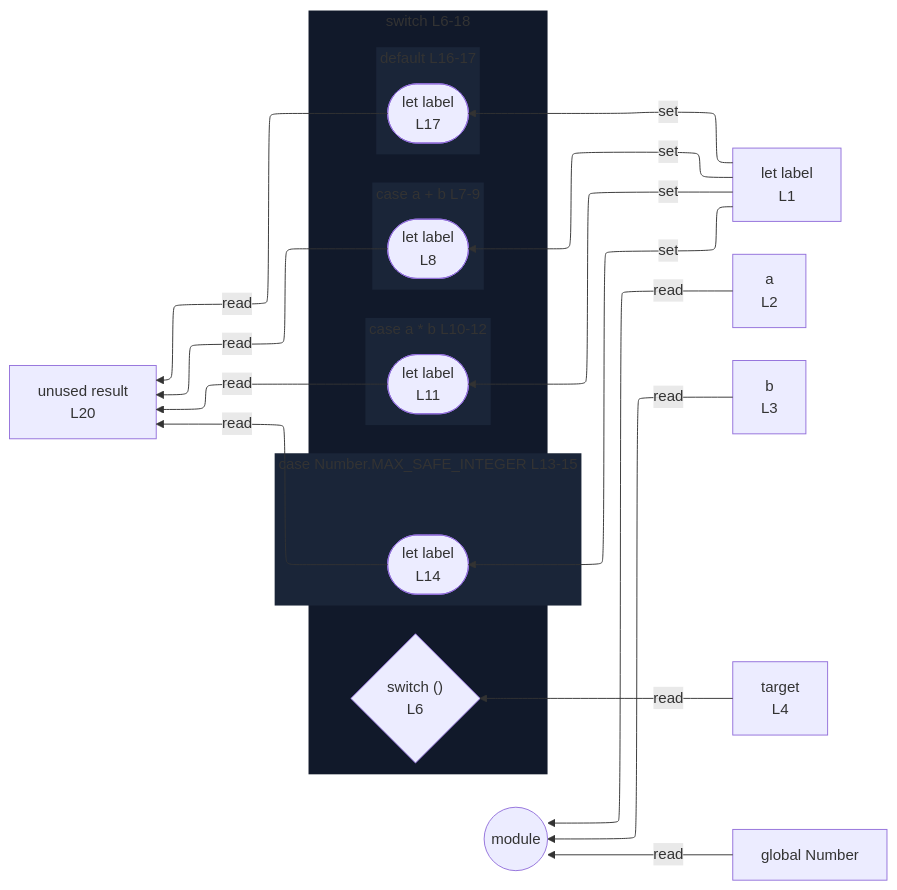
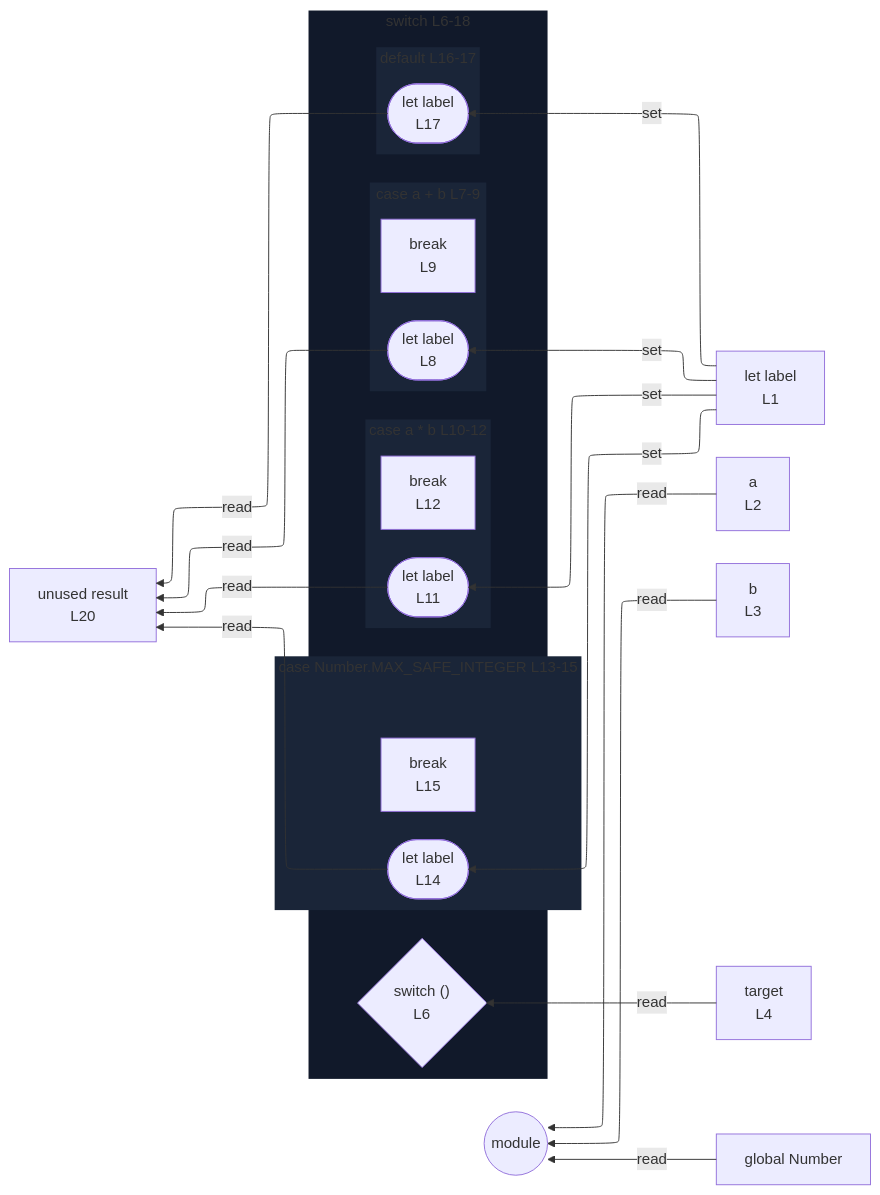
The diagram in integration/fixtures/switch-statement/expression/preview.md (crescware/unsnarl), drawn with Mermaid before and after one commit. The commit also changed 352 other files, not shown here.

````diff
--- a/integration/fixtures/switch-statement/expression/preview.md
+++ b/integration/fixtures/switch-statement/expression/preview.md
@@ -30,50 +30,53 @@
 ```mermaid
 %%{init: {"flowchart": {"defaultRenderer": "elk"}}}%%
 flowchart RL
   n_scope_0_label_4["let label<br/>L1"]
   n_scope_0_a_22["a<br/>L2"]
   n_scope_0_b_35["b<br/>L3"]
   n_scope_0_target_48["target<br/>L4"]
   n_scope_0_result_304["unused result<br/>L20"]
   n_scope_0_Number_178["global Number"]
   subgraph s_scope_1["switch L6-18"]
     direction RL
     switch_discriminant_scope_0_61{"switch ()<br/>L6"}
     subgraph s_scope_2["case a + b L7-9"]
       direction RL
       wr_ref_7(["let label<br/>L8"])
+      bc_break_116["break<br/>L9"]
     end
     subgraph s_scope_3["case a * b L10-12"]
       direction RL
       wr_ref_10(["let label<br/>L11"])
+      bc_break_164["break<br/>L12"]
     end
     subgraph s_scope_4["case Number.MAX_SAFE_INTEGER L13-15"]
       direction RL
       wr_ref_12(["let label<br/>L14"])
+      bc_break_256["break<br/>L15"]
     end
     subgraph s_scope_5["default L16-17"]
       direction RL
       wr_ref_13(["let label<br/>L17"])
     end
   end
   n_scope_0_label_4 -->|set| wr_ref_7
   n_scope_0_label_4 -->|set| wr_ref_10
   n_scope_0_label_4 -->|set| wr_ref_12
   n_scope_0_label_4 -->|set| wr_ref_13
   n_scope_0_target_48 -->|read| switch_discriminant_scope_0_61
   n_scope_0_a_22 -->|read| module_root
   n_scope_0_b_35 -->|read| module_root
   n_scope_0_Number_178 -->|read| module_root
   wr_ref_7 -->|read| n_scope_0_result_304
   wr_ref_10 -->|read| n_scope_0_result_304
   wr_ref_12 -->|read| n_scope_0_result_304
   wr_ref_13 -->|read| n_scope_0_result_304
   module_root((module))
   classDef nestL1 fill:#11192a,stroke:transparent;
   class s_scope_1 nestL1;
   classDef nestL2 fill:#1a2538,stroke:transparent;
   class s_scope_2 nestL2;
   class s_scope_3 nestL2;
   class s_scope_4 nestL2;
   class s_scope_5 nestL2;
 ```
````
